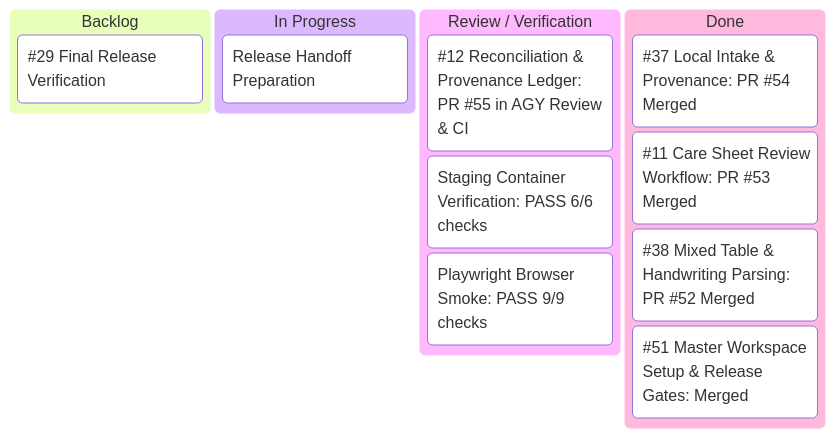
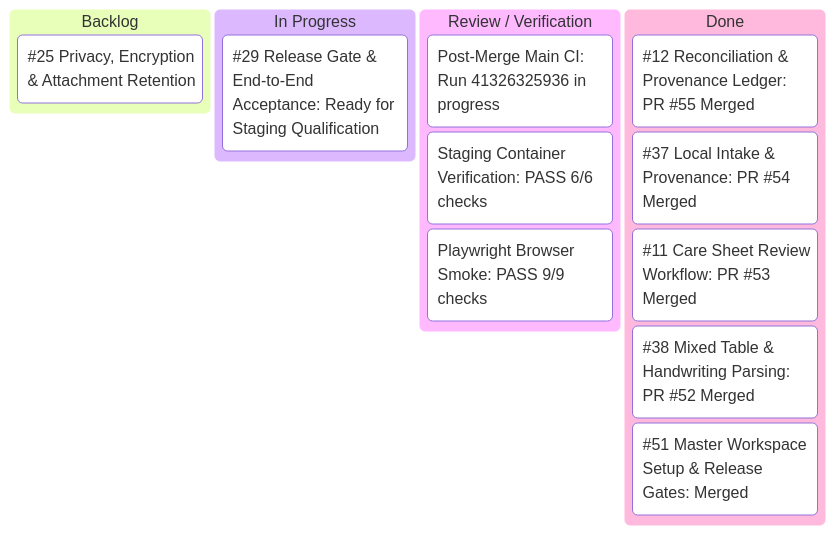
The diagram in docs/KANBAN.md (MulattoTech/BabyTracker-Master), drawn with Mermaid before and after one commit. The commit also changed other lines of this file, not shown here.

Commit message:
docs(kanban): mark issue #12 completed via PR #55 and advance to release qualification

````diff
--- a/docs/KANBAN.md
+++ b/docs/KANBAN.md
@@ -11,16 +11,17 @@
 ```mermaid
 kanban
   Backlog
-    [#29 Final Release Verification]
+    [#25 Privacy, Encryption & Attachment Retention]
   In Progress
-    [Release Handoff Preparation]
+    [#29 Release Gate & End-to-End Acceptance: Ready for Staging Qualification]
   Review / Verification
-    [#12 Reconciliation & Provenance Ledger: PR #55 in AGY Review & CI]
+    [Post-Merge Main CI: Run 41326325936 in progress]
     [Staging Container Verification: PASS 6/6 checks]
     [Playwright Browser Smoke: PASS 9/9 checks]
   Done
+    [#12 Reconciliation & Provenance Ledger: PR #55 Merged]
     [#37 Local Intake & Provenance: PR #54 Merged]
     [#11 Care Sheet Review Workflow: PR #53 Merged]
     [#38 Mixed Table & Handwriting Parsing: PR #52 Merged]
     [#51 Master Workspace Setup & Release Gates: Merged]
 ```
````
